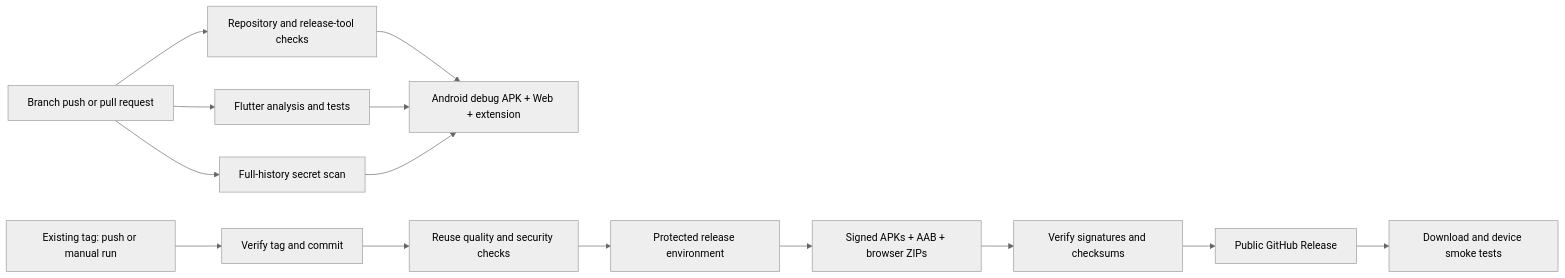
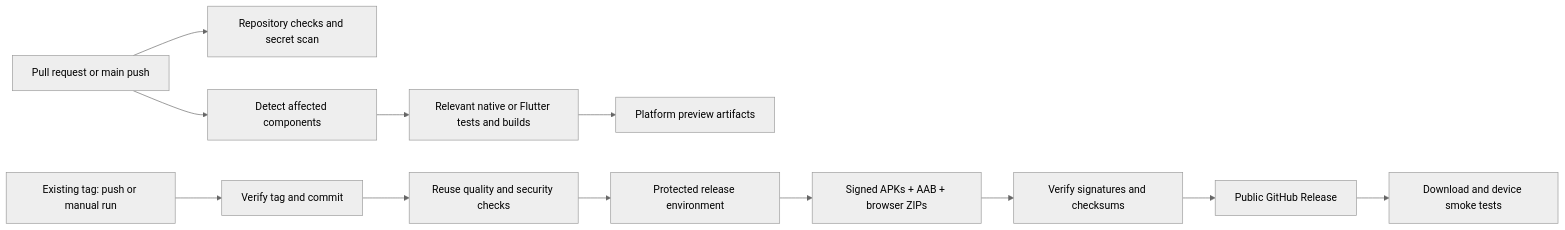
Before and after one commit to JunWeiUp/PasswordVault: the diagram in docs/DEPLOYMENT.md, drawn with Mermaid (neutral theme). The commit also changed other lines of this file and 14 other files, not shown here.

First line of the commit message:
ci: reduce redundant builds and cache native compilation (#13)

````diff
--- a/docs/DEPLOYMENT.md
+++ b/docs/DEPLOYMENT.md
@@ -11,16 +11,14 @@
 ```mermaid
 flowchart LR
-  A[Branch push or pull request] --> B[Repository and release-tool checks]
-  A --> C[Flutter analysis and tests]
-  A --> D[Full-history secret scan]
-  B --> E[Android debug APK + Web + extension]
-  C --> E
-  D --> E
+  A[Pull request or main push] --> B[Repository checks and secret scan]
+  A --> C[Detect affected components]
+  C --> D[Relevant native or Flutter tests and builds]
+  D --> E[Platform preview artifacts]
   F[Existing tag: push or manual run] --> G[Verify tag and commit]
   G --> H[Reuse quality and security checks]
   H --> I[Protected release environment]
   I --> J[Signed APKs + AAB + browser ZIPs]
   J --> K[Verify signatures and checksums]
   K --> L[Public GitHub Release]
   L --> M[Download and device smoke tests]
 ```
````
